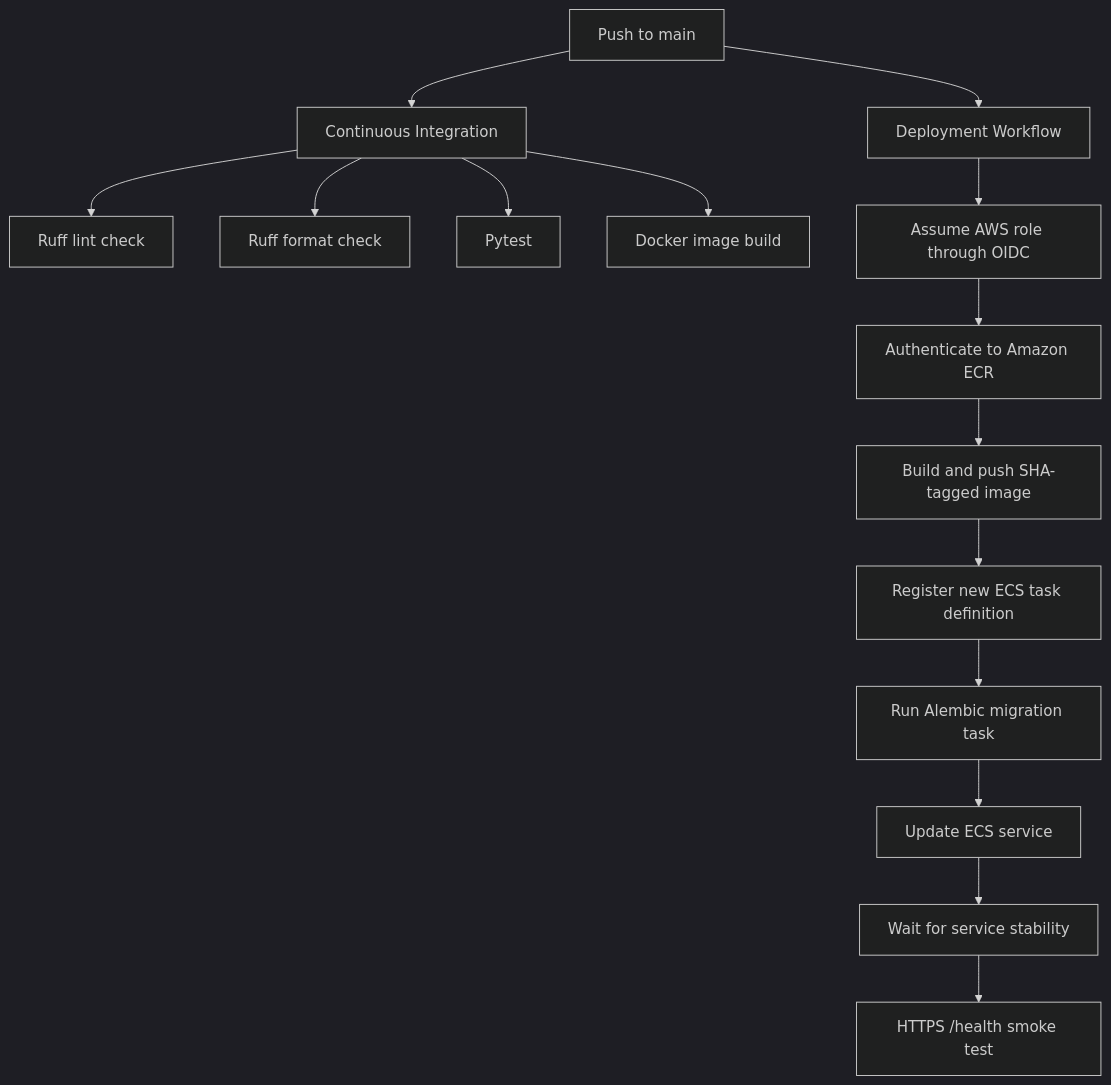
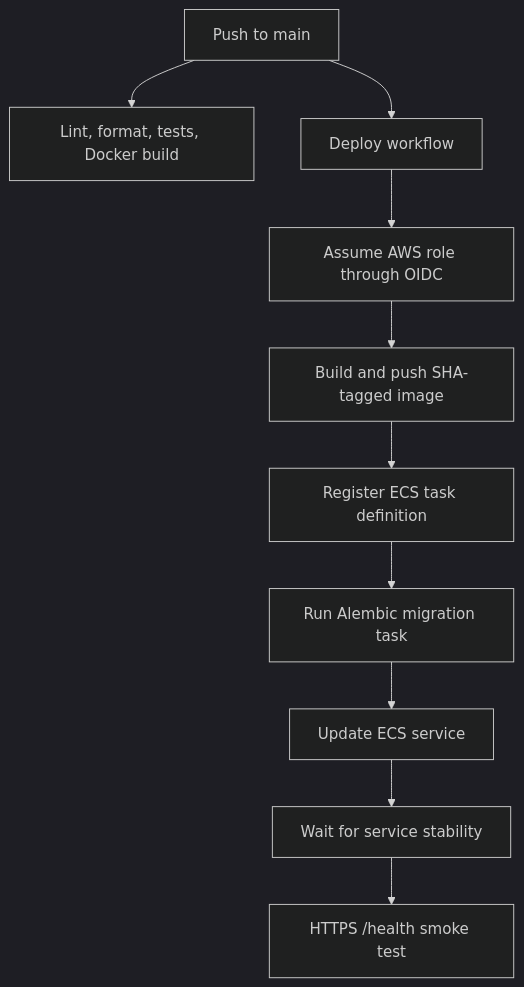
The third of 3 diagrams in README.md (ridhampansara27/aws-ecs-terraform-task-manager), drawn with Mermaid (dark theme) before and after one commit. The commit also changed other lines of this file and 6 other files, not shown here.

````diff
--- a/README.md
+++ b/README.md
@@ -162,18 +131,12 @@
 ```mermaid
 flowchart TD
-    push["Push to main"] --> ci["Continuous Integration"]
-    ci --> lint["Ruff lint check"]
-    ci --> format["Ruff format check"]
-    ci --> tests["Pytest"]
-    ci --> dockercheck["Docker image build"]
-
-    push --> deploy["Deployment Workflow"]
+    push["Push to main"] --> ci["Lint, format, tests, Docker build"]
+    push --> deploy["Deploy workflow"]
     deploy --> oidc["Assume AWS role through OIDC"]
-    oidc --> login["Authenticate to Amazon ECR"]
-    login --> image["Build and push SHA-tagged image"]
-    image --> taskdef["Register new ECS task definition"]
+    oidc --> image["Build and push SHA-tagged image"]
+    image --> taskdef["Register ECS task definition"]
     taskdef --> migration["Run Alembic migration task"]
     migration --> service["Update ECS service"]
     service --> stable["Wait for service stability"]
     stable --> smoke["HTTPS /health smoke test"]
 ```
````
